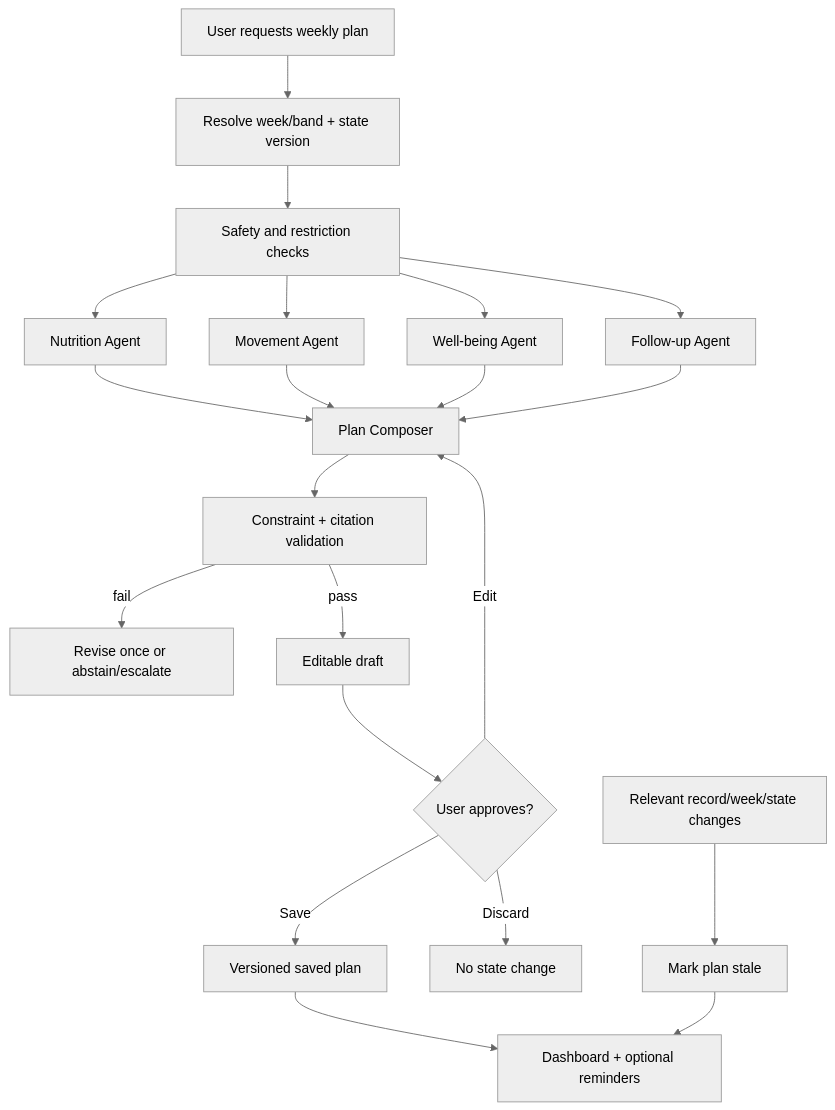
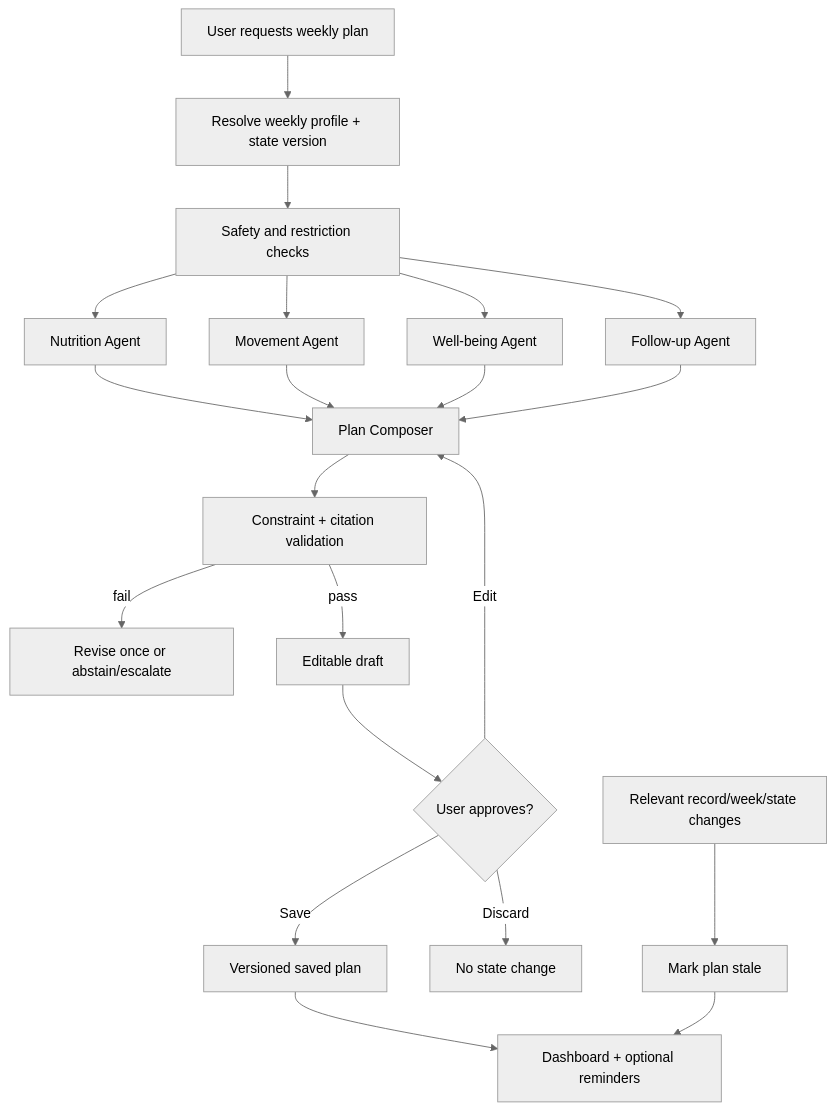
The fourth of 4 diagrams in docs/Nestline updated architecture.md (ASWATHHARISH/nestline), drawn with Mermaid (neutral theme) before and after one commit. The commit also changed other lines of this file and 1 other file, not shown here.

Commit message:
docs: make Nestline Streamlit and fully weekly

````diff
--- a/docs/Nestline updated architecture.md
+++ b/docs/Nestline updated architecture.md
@@ -620,23 +626,23 @@
 ```mermaid
 flowchart TD
-    A["User requests weekly plan"] --> B["Resolve week/band + state version"]
+    A["User requests weekly plan"] --> B["Resolve weekly profile + state version"]
     B --> C["Safety and restriction checks"]
     C --> D1["Nutrition Agent"]
     C --> D2["Movement Agent"]
     C --> D3["Well-being Agent"]
     C --> D4["Follow-up Agent"]
     D1 --> E["Plan Composer"]
     D2 --> E
     D3 --> E
     D4 --> E
     E --> F["Constraint + citation validation"]
     F -->|fail| G["Revise once or abstain/escalate"]
     F -->|pass| H["Editable draft"]
     H --> I{"User approves?"}
     I -->|Edit| E
     I -->|Save| J["Versioned saved plan"]
     I -->|Discard| K["No state change"]
     J --> L["Dashboard + optional reminders"]
     M["Relevant record/week/state changes"] --> N["Mark plan stale"]
     N --> L
 ```
````
